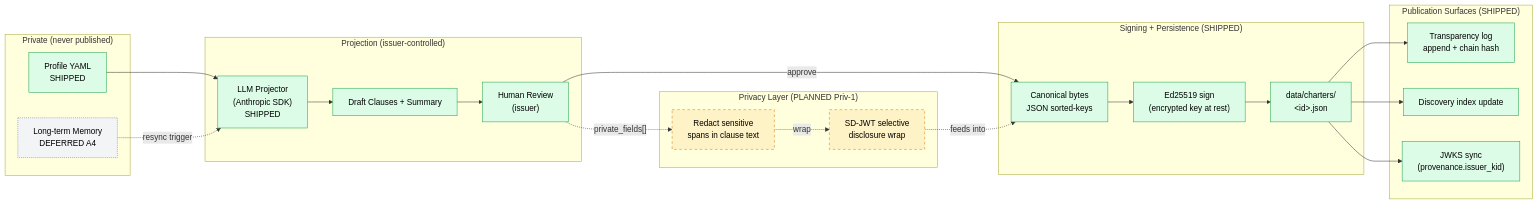
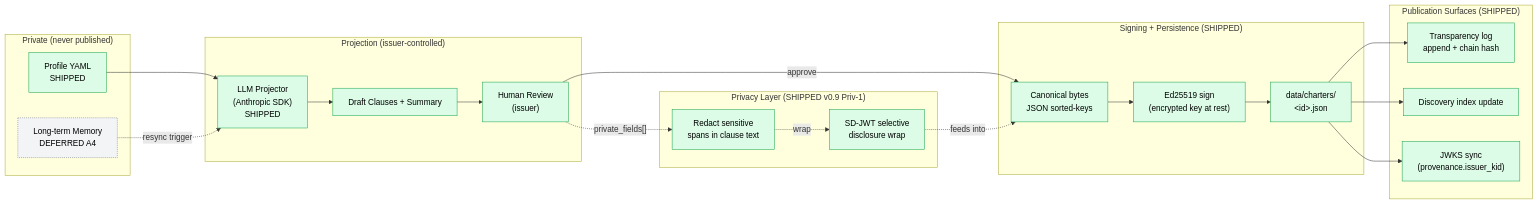
The second of 6 diagrams in docs/architecture.md (hnaymyh123-henry/charter), drawn with Mermaid before and after one commit. The commit also changed other lines of this file and 10 other files, not shown here.

````diff
--- a/docs/architecture.md
+++ b/docs/architecture.md
@@ -138,54 +138,53 @@
 ```mermaid
 flowchart LR
     subgraph PRIVATE["Private (never published)"]
         Y["Profile YAML<br/>SHIPPED"]
         MEM["Long-term Memory<br/>DEFERRED A4"]
     end
 
     subgraph PROJECTION["Projection (issuer-controlled)"]
         LLM1["LLM Projector<br/>(Anthropic SDK)<br/>SHIPPED"]
         DRAFT["Draft Clauses + Summary"]
         REVIEW["Human Review<br/>(issuer)"]
     end
 
     subgraph SIGNING["Signing + Persistence (SHIPPED)"]
         CANON["Canonical bytes<br/>JSON sorted-keys"]
         SIG["Ed25519 sign<br/>(encrypted key at rest)"]
         FILE["data/charters/<br/>&lt;id&gt;.json"]
     end
 
     subgraph PUBLICATION["Publication Surfaces (SHIPPED)"]
         TLAPPEND["Transparency log<br/>append + chain hash"]
         DISCUPD["Discovery index update"]
         JWKSUPD["JWKS sync<br/>(provenance.issuer_kid)"]
     end
 
-    subgraph PRIVACY["Privacy Layer (PLANNED Priv-1)"]
+    subgraph PRIVACY["Privacy Layer (SHIPPED v0.9 Priv-1)"]
         REDACT["Redact sensitive<br/>spans in clause text"]
         SDJWT["SD-JWT selective<br/>disclosure wrap"]
     end
 
     Y --> LLM1
     MEM -. resync trigger .-> LLM1
     LLM1 --> DRAFT
     DRAFT --> REVIEW
     REVIEW -- approve --> CANON
 
     REVIEW -. "private_fields[]" .-> REDACT
     REDACT -. wrap .-> SDJWT
     SDJWT -. "feeds into" .-> CANON
 
     CANON --> SIG
     SIG --> FILE
     FILE --> TLAPPEND
     FILE --> DISCUPD
     FILE --> JWKSUPD
 
     classDef shipped fill:#dcfce7,stroke:#16a34a,color:#000
     classDef planned fill:#fef3c7,stroke:#d97706,color:#000,stroke-dasharray: 5 5
     classDef deferred fill:#f3f4f6,stroke:#6b7280,color:#000,stroke-dasharray: 2 2
 
-    class Y,LLM1,DRAFT,REVIEW,CANON,SIG,FILE,TLAPPEND,DISCUPD,JWKSUPD shipped
-    class REDACT,SDJWT planned
+    class Y,LLM1,DRAFT,REVIEW,CANON,SIG,FILE,TLAPPEND,DISCUPD,JWKSUPD,REDACT,SDJWT shipped
     class MEM deferred
 ```
````
